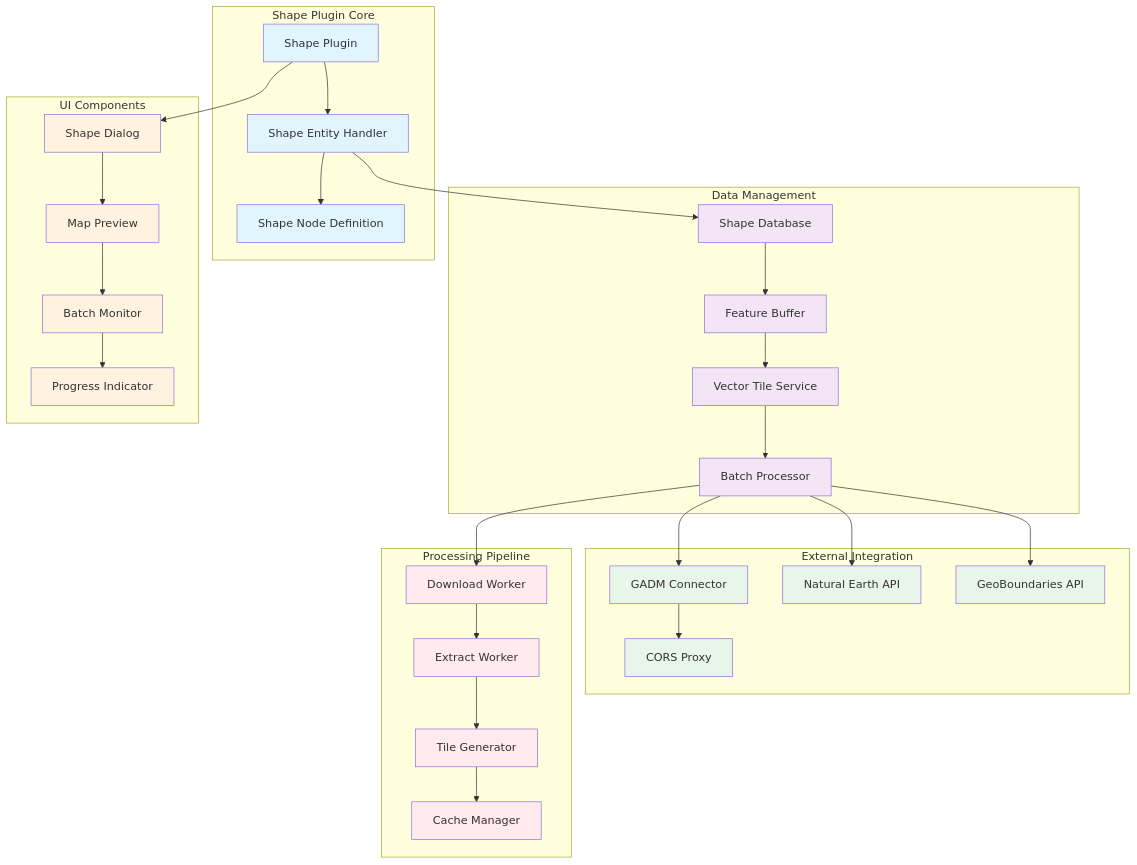
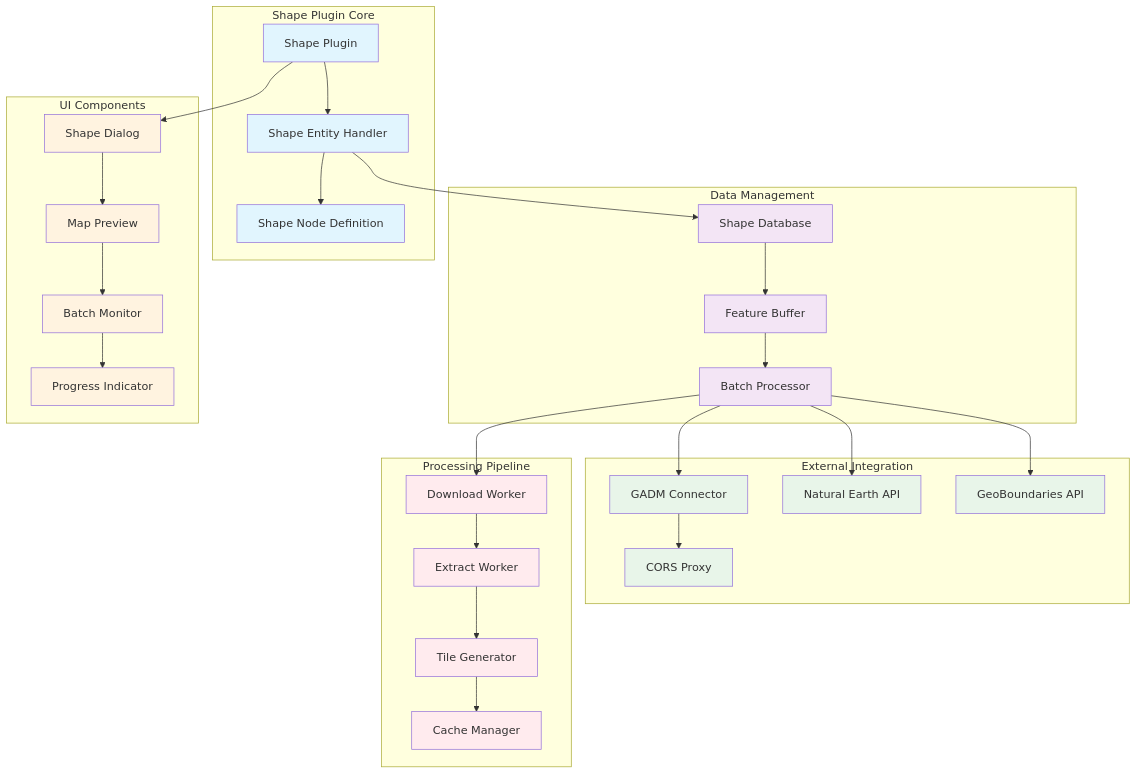
One commit to kubohiroya/hierarchidb changed the third of 7 diagrams in docs/DEVELOPER_REPORT_COMPREHENSIVE/10_PLUGINS.md. Above: the diagram before and after it, drawn with Mermaid. The commit also changed 15 other files, not shown here.

````diff
--- a/docs/DEVELOPER_REPORT_COMPREHENSIVE/10_PLUGINS.md
+++ b/docs/DEVELOPER_REPORT_COMPREHENSIVE/10_PLUGINS.md
@@ -132,71 +132,69 @@
 ```mermaid
 graph TB
     subgraph "Shape Plugin Core"
         ShapePlugin["Shape Plugin"]
         ShapeEntityHandler["Shape Entity Handler"]
         ShapeDefinition["Shape Node Definition"]
     end
     
     subgraph "Data Management"
         ShapeDB["Shape Database"]
         FeatureBuffer["Feature Buffer"]
-        VectorTileService["Vector Tile Service"]
         BatchProcessor["Batch Processor"]
     end
     
     subgraph "UI Components"
         ShapeDialog["Shape Dialog"]
         MapPreview["Map Preview"]
         BatchMonitor["Batch Monitor"]
         ProgressIndicator["Progress Indicator"]
     end
     
     subgraph "External Integration"
         GADMConnector["GADM Connector"]
         NaturalEarthAPI["Natural Earth API"]
         GeoBoundariesAPI["GeoBoundaries API"]
         CORSProxy["CORS Proxy"]
     end
     
     subgraph "Processing Pipeline"
         DownloadWorker["Download Worker"]
         ExtractWorker["Extract Worker"]
         TileGenerator["Tile Generator"]
         CacheManager["Cache Manager"]
     end
     
     ShapePlugin --> ShapeEntityHandler
     ShapeEntityHandler --> ShapeDefinition
     
     ShapeEntityHandler --> ShapeDB
     ShapeDB --> FeatureBuffer
-    FeatureBuffer --> VectorTileService
-    VectorTileService --> BatchProcessor
+    FeatureBuffer --> BatchProcessor
     
     ShapePlugin --> ShapeDialog
     ShapeDialog --> MapPreview
     MapPreview --> BatchMonitor
     BatchMonitor --> ProgressIndicator
     
     BatchProcessor --> GADMConnector
     BatchProcessor --> NaturalEarthAPI
     BatchProcessor --> GeoBoundariesAPI
     GADMConnector --> CORSProxy
     
     BatchProcessor --> DownloadWorker
     DownloadWorker --> ExtractWorker
     ExtractWorker --> TileGenerator
     TileGenerator --> CacheManager
     
     classDef core fill:#e1f5fe
     classDef data fill:#f3e5f5
     classDef ui fill:#fff3e0
     classDef external fill:#e8f5e9
     classDef processing fill:#ffebee
     
     class ShapePlugin,ShapeEntityHandler,ShapeDefinition core
-    class ShapeDB,FeatureBuffer,VectorTileService,BatchProcessor data
+    class ShapeDB,FeatureBuffer,BatchProcessor data
     class ShapeDialog,MapPreview,BatchMonitor,ProgressIndicator ui
     class GADMConnector,NaturalEarthAPI,GeoBoundariesAPI,CORSProxy external
     class DownloadWorker,ExtractWorker,TileGenerator,CacheManager processing
 ```
````
